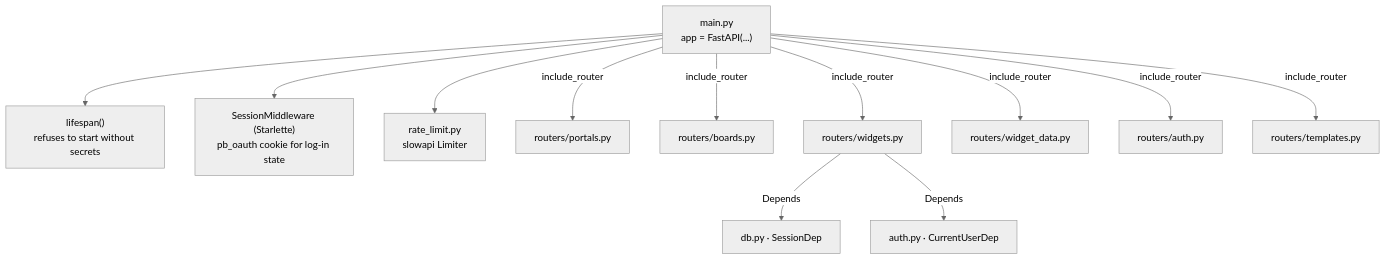
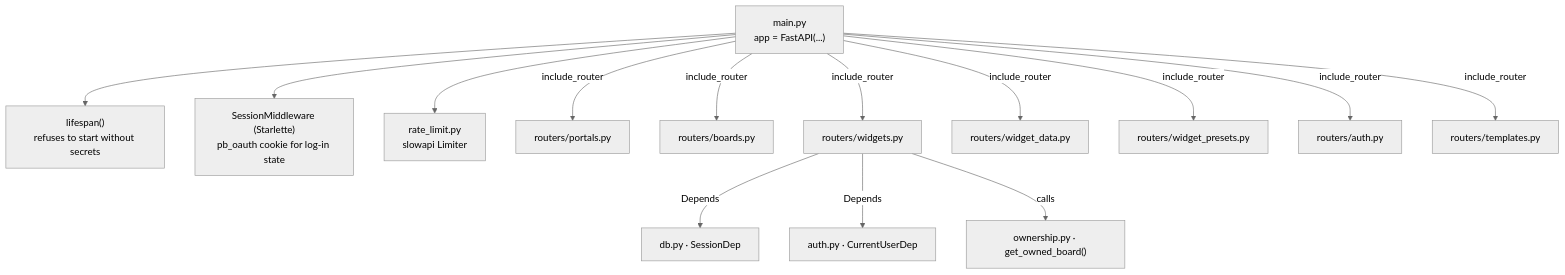
The second of 12 diagrams in docs/how-it-works/code-map.md (bbfrancis23/portal-boards), drawn with Mermaid (neutral theme) before and after one commit. The commit also changed other lines of this file and 18 other files, not shown here.

````diff
--- a/docs/how-it-works/code-map.md
+++ b/docs/how-it-works/code-map.md
@@ -57,14 +57,16 @@
 ```mermaid
 flowchart TD
     Main["main.py<br/>app = FastAPI(...)"] --> Life["lifespan()<br/>refuses to start without secrets"]
     Main --> MW["SessionMiddleware (Starlette)<br/>pb_oauth cookie for log-in state"]
     Main --> RL["rate_limit.py<br/>slowapi Limiter"]
     Main -- "include_router" --> R1["routers/portals.py"]
     Main -- "include_router" --> R2["routers/boards.py"]
     Main -- "include_router" --> R3["routers/widgets.py"]
     Main -- "include_router" --> R4["routers/widget_data.py"]
+    Main -- "include_router" --> R7["routers/widget_presets.py"]
     Main -- "include_router" --> R5["routers/auth.py"]
     Main -- "include_router" --> R6["routers/templates.py"]
     R3 -- "Depends" --> SD["db.py · SessionDep"]
     R3 -- "Depends" --> CU["auth.py · CurrentUserDep"]
+    R3 -- "calls" --> OW["ownership.py · get_owned_board()"]
 ```
````
